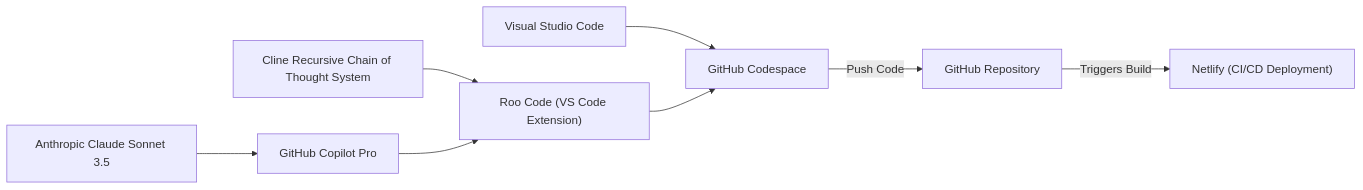
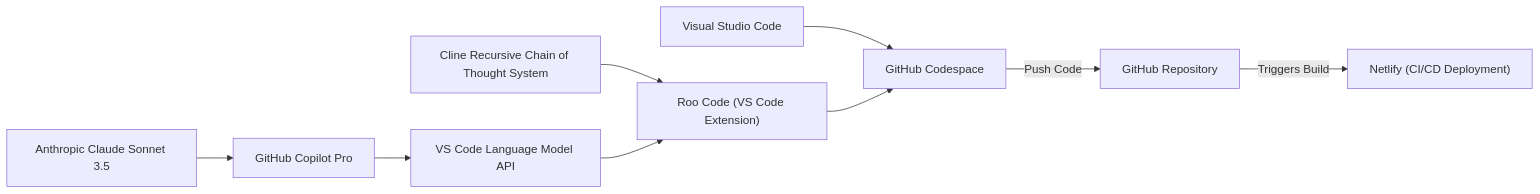
One commit to RickRinewalt/pipeline changed the diagram in README.md. Above: the diagram before and after it, drawn with Mermaid. The commit also changed other lines of this file, not shown here.

Commit message:
Added VS Code Language Model API With Roo Code

````diff
--- a/README.md
+++ b/README.md
@@ -16,19 +16,21 @@
 ```mermaid
 graph LR
     A[Visual Studio Code]
     B[GitHub Codespace]
     C["GitHub Repository"]
     D["Roo Code (VS Code Extension)"]
     E["Cline Recursive Chain of Thought System"]
     F[GitHub Copilot Pro]
+    I[VS Code Language Model API]
     G["Anthropic Claude Sonnet 3.5"]
     H["Netlify (CI/CD Deployment)"]
 
     A --> B
     B -->|Push Code| C
     D --> B
     E --> D
-    F --> D
+    F --> I
+    I --> D
     G --> F
     C -->|Triggers Build| H
 ```
````
